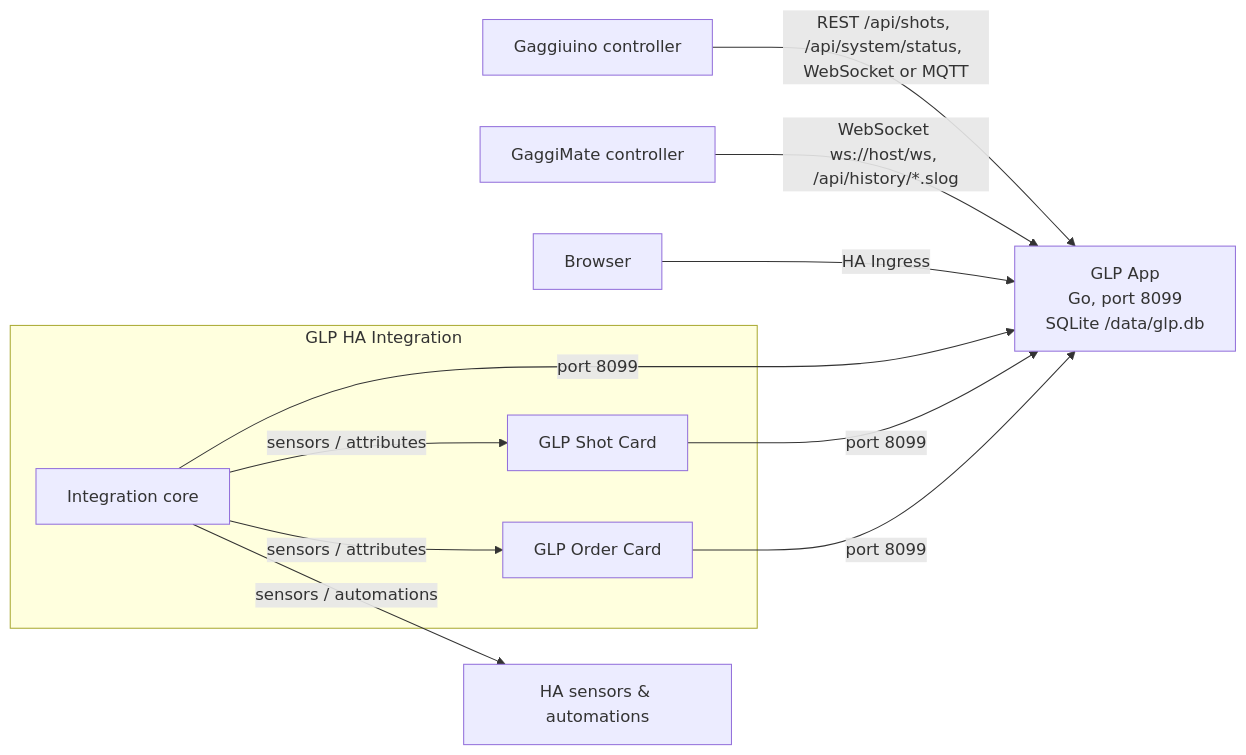
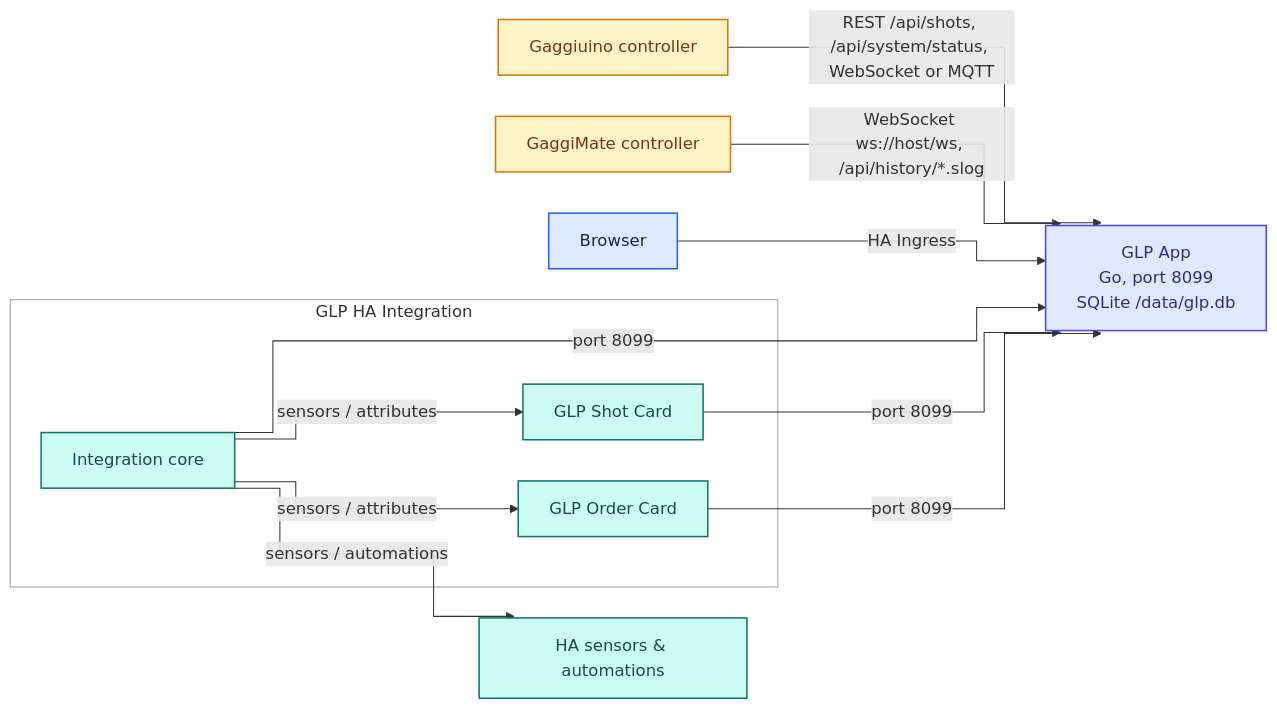
Before and after one commit to mxkissnr/gaggiuino-local-profiler: the first of 2 diagrams in README.md, drawn with Mermaid. The commit also changed other lines of this file and 4 other files, not shown here.

First line of the commit message:
docs: readable coloured architecture diagrams, aligned dev-stats, updated AI note (#1186)

````diff
--- a/README.md
+++ b/README.md
@@ -232,22 +232,36 @@
 ```mermaid
+%%{init: {"flowchart": {"curve": "step", "nodeSpacing": 40, "rankSpacing": 60}}}%%
 flowchart LR
   GGU["Gaggiuino controller"]
   GM["GaggiMate controller"]
   APP["GLP App<br/>Go, port 8099<br/>SQLite /data/glp.db"]
   BR["Browser"]
   HA["HA sensors & automations"]
   subgraph INTG["GLP HA Integration"]
     INT["Integration core"]
     SC["GLP Shot Card"]
     OC["GLP Order Card"]
   end
   GGU -->|"REST /api/shots, /api/system/status, WebSocket or MQTT"| APP
   GM -->|"WebSocket ws://host/ws, /api/history/*.slog"| APP
   BR -->|"HA Ingress"| APP
   INT -->|"port 8099"| APP
   INT -->|"sensors / attributes"| SC
   INT -->|"sensors / attributes"| OC
   SC -->|"port 8099"| APP
   OC -->|"port 8099"| APP
   INT -->|"sensors / automations"| HA
+
+  classDef toneBlue fill:#dbeafe,stroke:#2563eb,stroke-width:1.5px,color:#172554
+  classDef toneIndigo fill:#e0e7ff,stroke:#4f46e5,stroke-width:1.5px,color:#312e81
+  classDef toneAmber fill:#fef3c7,stroke:#d97706,stroke-width:1.5px,color:#78350f
+  classDef toneMint fill:#dcfce7,stroke:#16a34a,stroke-width:1.5px,color:#14532d
+  classDef toneRose fill:#ffe4e6,stroke:#e11d48,stroke-width:1.5px,color:#881337
+  classDef toneTeal fill:#ccfbf1,stroke:#0f766e,stroke-width:1.5px,color:#134e4a
+  classDef toneNeutral fill:#f8fafc,stroke:#334155,stroke-width:1.5px,color:#0f172a
+  class APP toneIndigo
+  class GGU,GM toneAmber
+  class INT,SC,OC,HA toneTeal
+  class BR toneBlue
+  style INTG fill:#f8fafc10,stroke:#94a3b8
 ```
````
